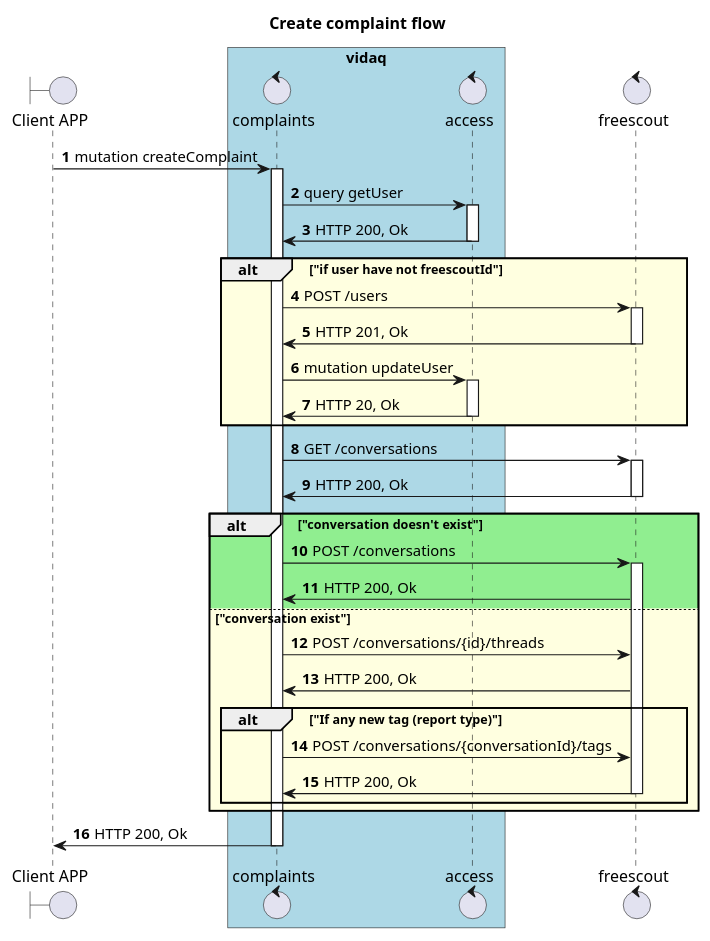
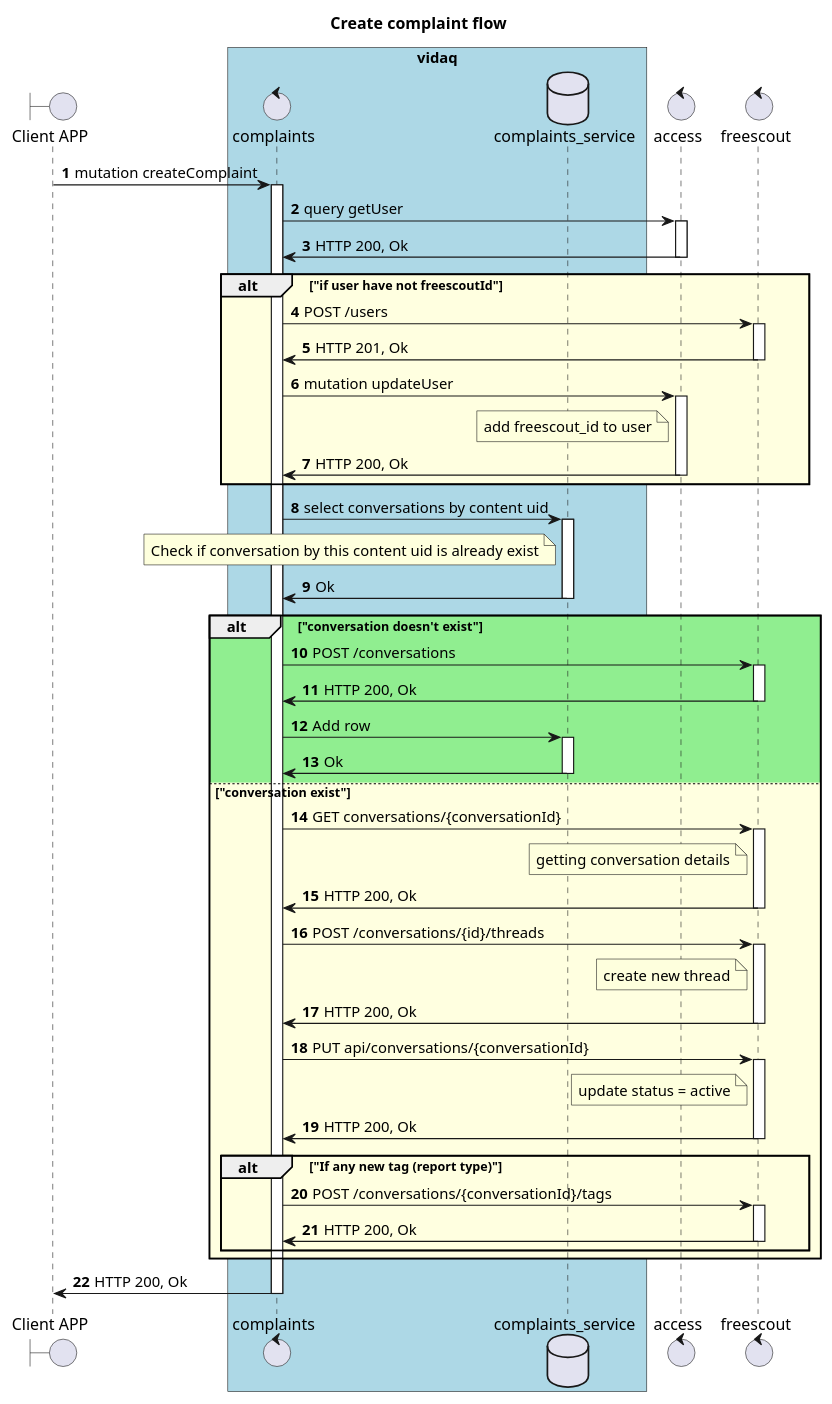
One commit to algruwork/work changed the diagram in schemas/createComplaint.puml. Above: the diagram before and after it, drawn with PlantUML.

Commit message:
add diagram: create complaint flow (api) - add fixes

```diff
--- a/schemas/createComplaint.puml
+++ b/schemas/createComplaint.puml
@@ -1,54 +1,91 @@
 @startuml
 
 title "Create complaint flow"
 
 
 boundary "Client APP" as GUI
 box "vidaq" #LightBlue
 control "complaints" as C
+database "complaints_service" as CS
+end box
 control "access" as A
-end box
 control "freescout" as F
 
 autonumber
 
 GUI -> C: mutation createComplaint
 activate C
 C -> A: query getUser
 activate A
 A -> C: HTTP 200, Ok
 deactivate A
 
 alt #LightYellow "if user have not freescoutId"
 C -> F: POST /users
 activate F
 F -> C: HTTP 201, Ok
 deactivate F
 C -> A: mutation updateUser
 activate A
-A -> C: HTTP 20, Ok
+note left A
+add freescout_id to user
+end note
+A -> C: HTTP 200, Ok
 deactivate A
 end
 
-C -> F: GET /conversations
-activate F
-F -> C: HTTP 200, Ok
-deactivate F
+C -> CS: select conversations by content uid
+activate CS
+note left CS
+Check if conversation by this content uid is already exist
+end note
+CS -> C: Ok
+deactivate CS
+
+
+
 alt #LightGreen "conversation doesn't exist"
 C -> F: POST /conversations
 activate F
 F -> C: HTTP 200, Ok
+deactivate F
+C -> CS: Add row
+activate CS
+CS -> C: Ok
+deactivate CS
 else #LightYellow "conversation exist"
+C -> F: GET conversations/{conversationId}
+activate F
+note left F
+getting conversation details
+end note
+F -> C: HTTP 200, Ok
+deactivate F
 C -> F: POST /conversations/{id}/threads
+activate F
+note left F
+create new thread
+end note
 F -> C: HTTP 200, Ok
+deactivate F
+
+C -> F: PUT api/conversations/{conversationId}
+activate F
+note left F
+update status = active
+end note
+F -> C: HTTP 200, Ok
+deactivate F
+
 alt "If any new tag (report type)"
 C -> F: POST /conversations/{conversationId}/tags
+activate F
 F -> C: HTTP 200, Ok
 deactivate F
 end
 end
 
 C -> GUI: HTTP 200, Ok
 deactivate C
 
 @enduml
```
